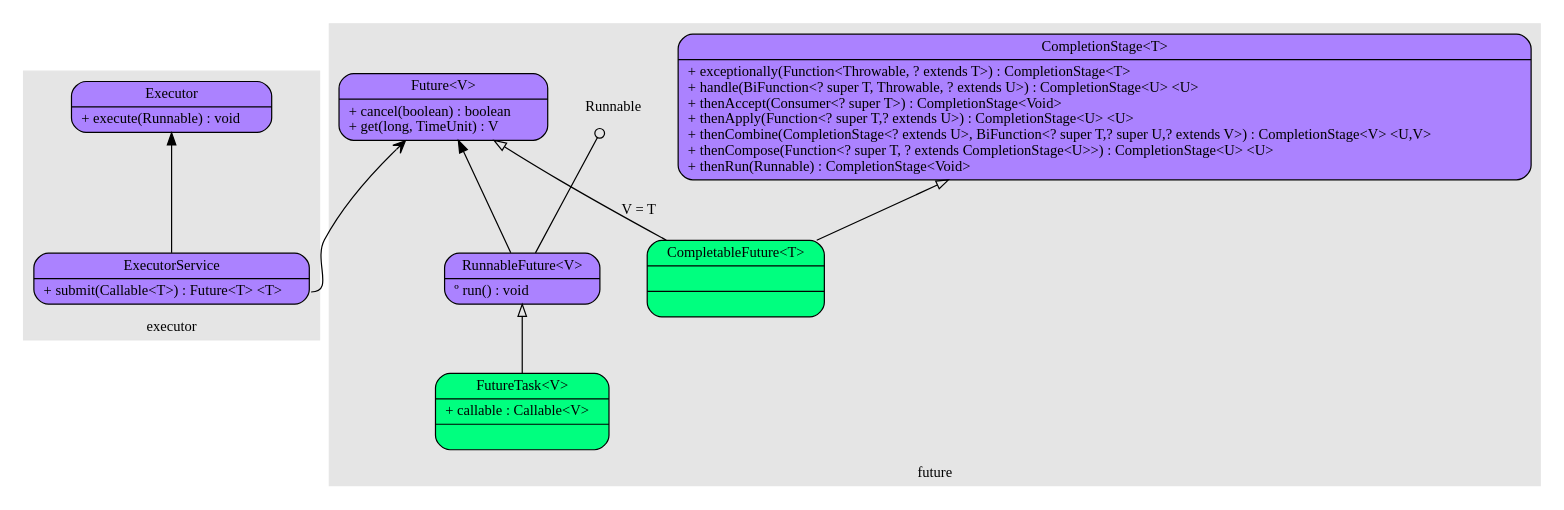
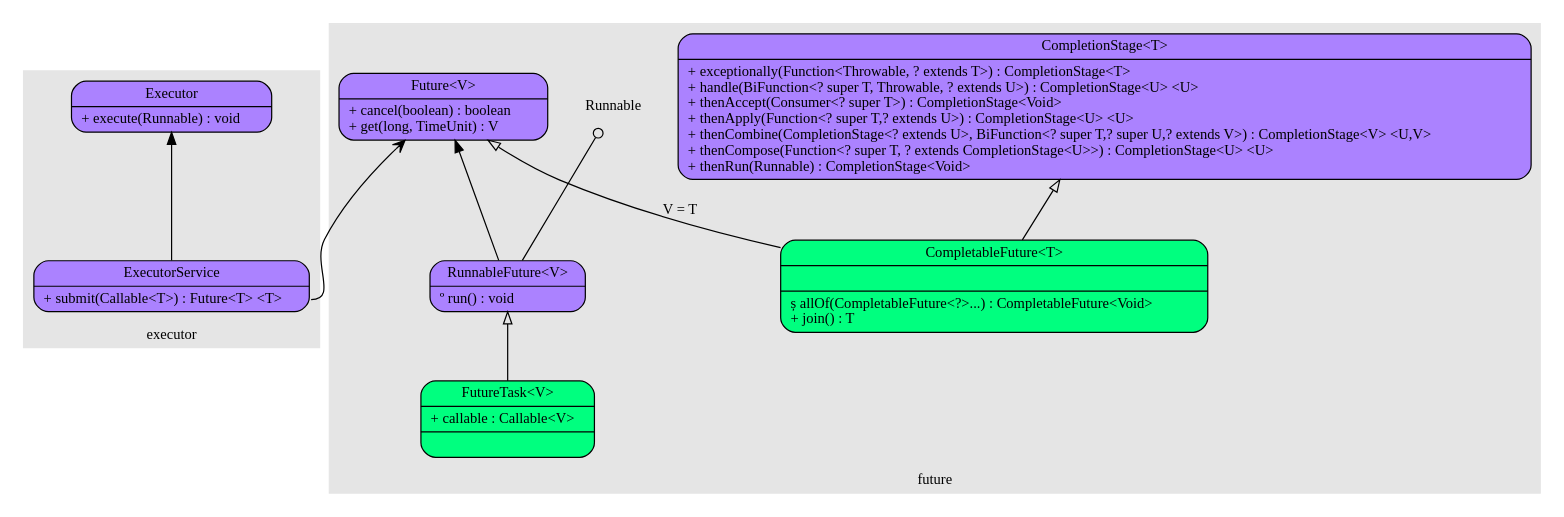
Before and after one commit to chris0103/spider-net: the diagram in Java/concurrent.dot, drawn with Graphviz. The commit also changed 1 other file, not shown here.

```diff
--- a/Java/concurrent.dot
+++ b/Java/concurrent.dot
@@ -1,60 +1,60 @@
 digraph concurrent {
 	rankdir = BT;
     fontname = "Verdana";
     fontsize = 12;
     node [fontname = "Verdana", fontsize = 12, shape = "record"];
     edge [fontname = "Verdana", fontsize = 12];
 	
 	subgraph cluster25 {
 		label = "executor";
 		style = filled;
 		color = grey90;
 		Executor [label = "{<f0>Executor|<f2>+ execute(Runnable) : void\l}", style = "rounded, filled", fillcolor = "mediumpurple1"];
 		ExecutorService [label = "{<f0>ExecutorService|<f2>+ submit(Callable&lt;T&gt;) : Future&lt;T&gt; &lt;T&gt;\l}", style = "rounded, filled", fillcolor = "mediumpurple1"];
 	}
 	
 	subgraph cluster50 {
 		label = "future";
 		style = filled;
 		color = grey90;
-		CompletableFuture [label = "{<f0>CompletableFuture&lt;T&gt;||}", style = "rounded, filled", fillcolor = "springgreen"];
+		CompletableFuture [label = "{<f0>CompletableFuture&lt;T&gt;||<f2>&#537; allOf(CompletableFuture&lt;?&gt;...) : CompletableFuture&lt;Void&gt;\l+ join() : T\l}", style = "rounded, filled", fillcolor = "springgreen"];
 		CompletionStage [label = "{<f0>CompletionStage&lt;T&gt;|<f2>+ exceptionally(Function&lt;Throwable, ? extends T&gt;) : CompletionStage&lt;T&gt;\l+ handle(BiFunction&lt;? super T, Throwable, ? extends U&gt;) : CompletionStage&lt;U&gt; &lt;U&gt;\l+ thenAccept(Consumer&lt;? super T&gt;) : CompletionStage&lt;Void&gt; \l+ thenApply(Function&lt;? super T,? extends U&gt;) : CompletionStage&lt;U&gt; &lt;U&gt;\l+ thenCombine(CompletionStage&lt;? extends U&gt;, BiFunction&lt;? super T,? super U,? extends V&gt;) : CompletionStage&lt;V&gt; &lt;U,V&gt;\l+ thenCompose(Function&lt;? super T, ? extends CompletionStage&lt;U&gt;&gt;) : CompletionStage&lt;U&gt; &lt;U&gt;\l+ thenRun(Runnable) : CompletionStage&lt;Void&gt; \l}", style = "rounded, filled", fillcolor = "mediumpurple1"];
 		Future [label = "{<f0>Future&lt;V&gt;|<f2>+ cancel(boolean) : boolean\l+ get(long, TimeUnit) : V\l}", style = "rounded, filled", fillcolor = "mediumpurple1"];
 		FutureTask [label = "{<f0>FutureTask&lt;V&gt;|<f1>+ callable : Callable&lt;V&gt;\l|}", style = "rounded, filled", fillcolor = "springgreen"];
 		Runnable [shape = "plaintext", label = "Runnable"];
 		RunnableFuture [label = "{<f0>RunnableFuture&lt;V&gt;|<f2>&#186; run() : void\l}", style = "rounded, filled", fillcolor = "mediumpurple1"];
 	}
 	
 	/*
 	subgraph cluster00 {
 		label = "";
 		style = filled;
 		color = grey90;
 	}
 	
 	// item_name [label = "item_lable", style = "filled", fillcolor = "palegreen"];
 	// record_name [shape = "record", label = "{{<f0>interface|{<f10>(other implementers)}}|(other methods)}"];
 	// interface_minor [shape = "plaintext", label = "Interface_minor"];
 	// interface [label = "{<f0>Interface|<f2>+ method() : return_type\l}", style = "rounded, filled", fillcolor = "mediumpurple1"];
 	// abstract_class [label = "{<f0>Abstract_Class|<f1>+ field1 : type\l+ field2 : type\l|<f2>&#170; abstract_method() : return_type\l&#537; static_method() : return_type\l+ method() : return_type\l}", style = "rounded, filled, dashed", fillcolor = "springgreen"];
 	// class [label = "{<f0>Class|<f1>+ field1 : type\l+ field2 : type\l&#10765; final_field : type\l&#537; static_field : type\l|<f2>+ method() : return_type\l&#537; static_method() : return_type\l&#186; overriden_method() : return_type\l}", style = "rounded, filled", fillcolor = "springgreen"];	
 	*/
 	
 	// item_foo -> item_bar;
 	
 	// Implementation -> Interface [arrowhead = "empty"];
 	// Subclass -> Class;	
 	// Referer -> Referee [arrowhead = "vee"];
 	// Implementation -> InterfaceMinor [arrowhead = "odot"];	
 	
 	// future
 	CompletableFuture -> Future [arrowhead = "empty", label = "V = T"];
 	CompletableFuture -> CompletionStage [arrowhead = "empty"];
 	RunnableFuture -> Future;
 	RunnableFuture -> Runnable [arrowhead = "odot"];
 	FutureTask -> RunnableFuture [arrowhead = "empty"];
 	
 	// executor
 	ExecutorService -> Executor;
 	ExecutorService:f2 -> Future [arrowhead = "vee"];
 }
```
